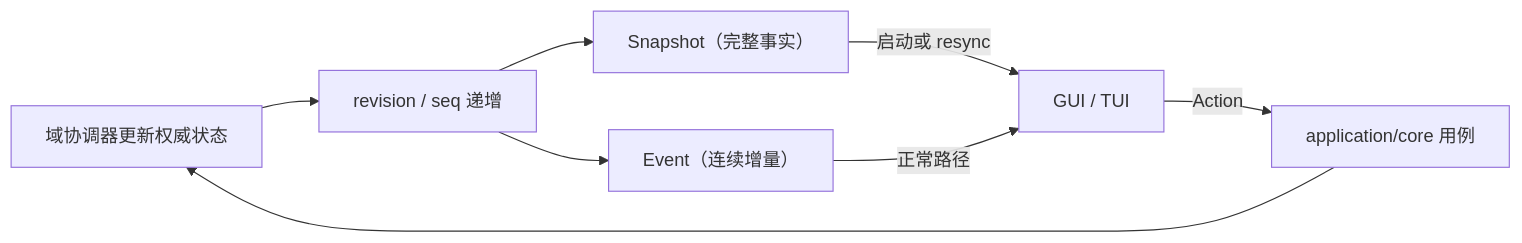
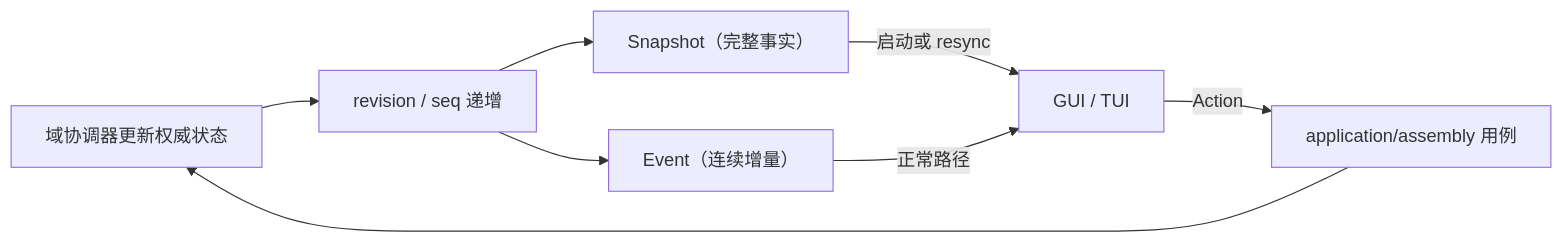
Before and after one commit to RedHuang-0622/seelex: the second of 2 diagrams in middle/protocol/model/README.md, drawn with Mermaid. The commit also changed other lines of this file and 941 other files, not shown here.

Commit message:
refactor(application): retire core package

````diff
--- a/middle/protocol/model/README.md
+++ b/middle/protocol/model/README.md
@@ -52,10 +52,10 @@
 ```mermaid
 flowchart LR
     DOMAIN["域协调器更新权威状态"] --> BUMP["revision / seq 递增"]
     BUMP --> SNAP["Snapshot（完整事实）"]
     BUMP --> DELTA["Event（连续增量）"]
     SNAP -->|启动或 resync| FE["GUI / TUI"]
     DELTA -->|正常路径| FE
-    FE -->|Action| USE["application/core 用例"]
+    FE -->|Action| USE["application/assembly 用例"]
     USE --> DOMAIN
 ```
````
